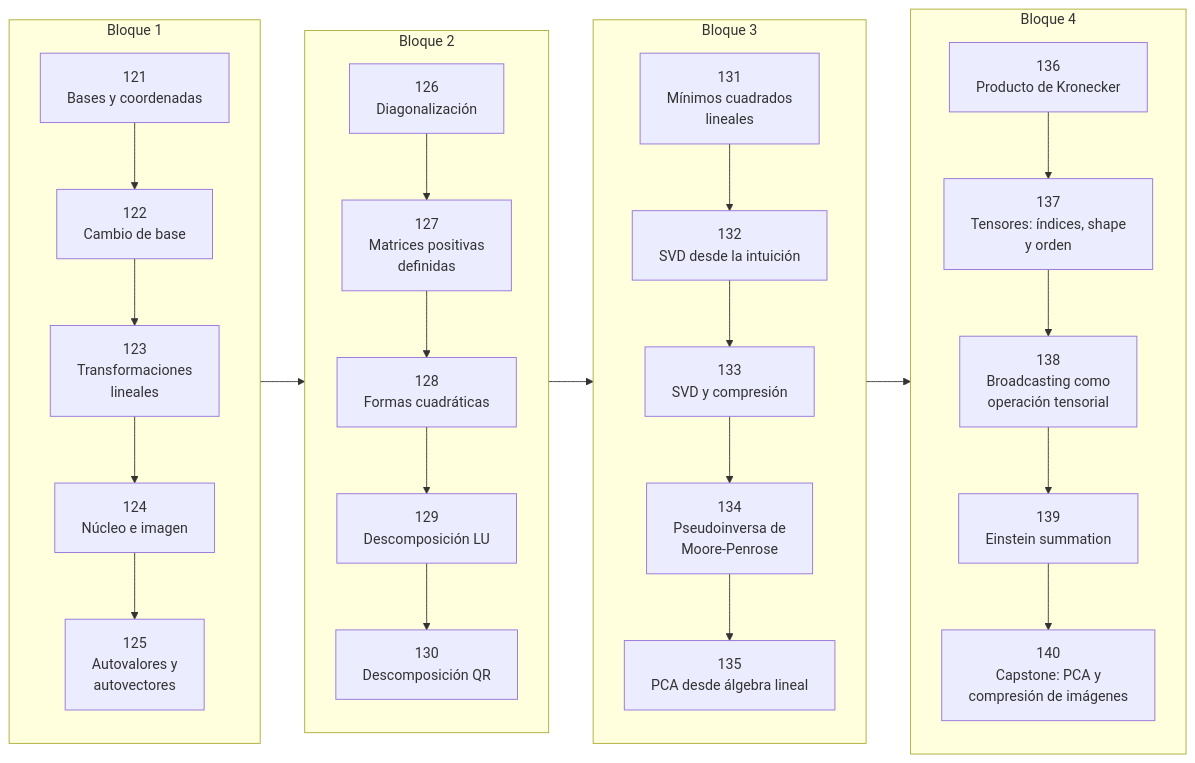
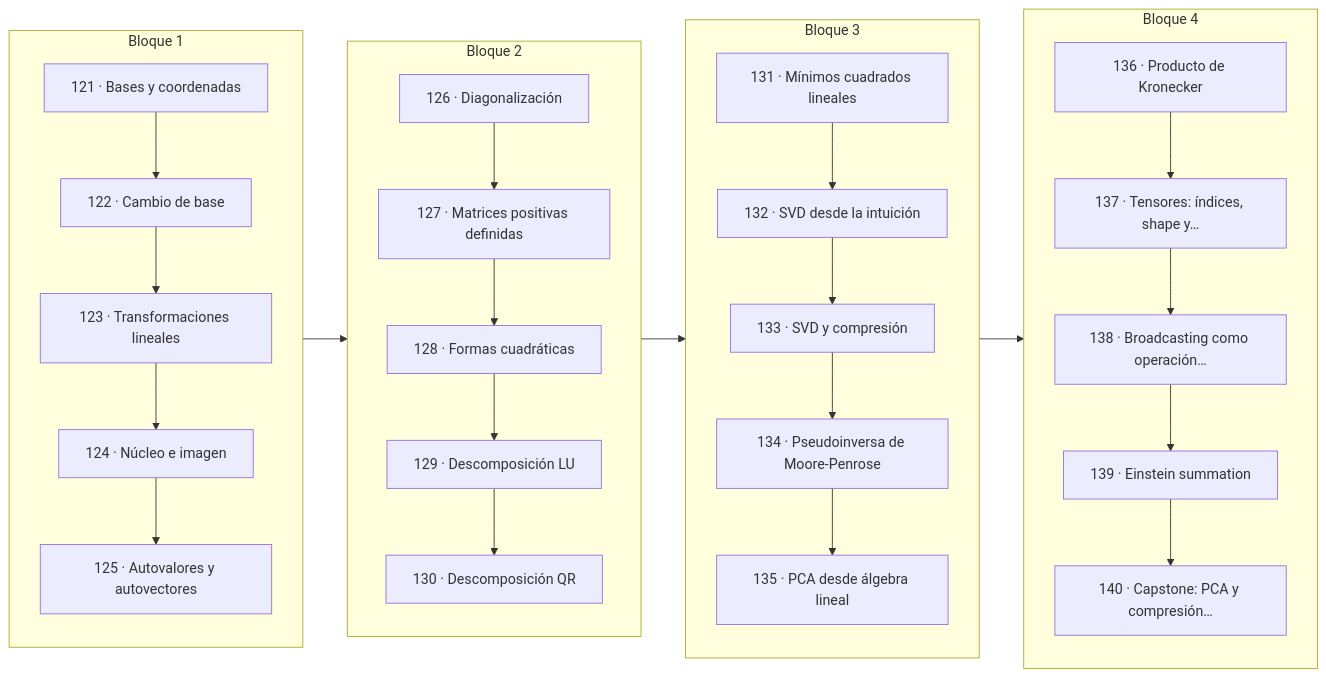
One commit to vladimiracunadev-create/computational-mathematics-program changed the diagram in classes/part-06-algebra-lineal-ii-descomposiciones-y-tensores/README.md. Above: the diagram before and after it, drawn with Mermaid. The commit also changed 389 other files, not shown here.

First line of the commit message:
fix(diagramas): elimina el HTML de las etiquetas Mermaid

````diff
--- a/classes/part-06-algebra-lineal-ii-descomposiciones-y-tensores/README.md
+++ b/classes/part-06-algebra-lineal-ii-descomposiciones-y-tensores/README.md
@@ -34,54 +34,54 @@
 ```mermaid
 flowchart LR
     subgraph B1["Bloque 1"]
         direction TB
-        L121["121<br/>Bases y coordenadas"]
-        L122["122<br/>Cambio de base"]
-        L123["123<br/>Transformaciones<br/>lineales"]
-        L124["124<br/>Núcleo e imagen"]
-        L125["125<br/>Autovalores y<br/>autovectores"]
+        L121["121 · Bases y coordenadas"]
+        L122["122 · Cambio de base"]
+        L123["123 · Transformaciones lineales"]
+        L124["124 · Núcleo e imagen"]
+        L125["125 · Autovalores y autovectores"]
         L121 --> L122
         L122 --> L123
         L123 --> L124
         L124 --> L125
     end
     subgraph B2["Bloque 2"]
         direction TB
-        L126["126<br/>Diagonalización"]
-        L127["127<br/>Matrices positivas<br/>definidas"]
-        L128["128<br/>Formas cuadráticas"]
-        L129["129<br/>Descomposición LU"]
-        L130["130<br/>Descomposición QR"]
+        L126["126 · Diagonalización"]
+        L127["127 · Matrices positivas definidas"]
+        L128["128 · Formas cuadráticas"]
+        L129["129 · Descomposición LU"]
+        L130["130 · Descomposición QR"]
         L126 --> L127
         L127 --> L128
         L128 --> L129
         L129 --> L130
     end
     subgraph B3["Bloque 3"]
         direction TB
-        L131["131<br/>Mínimos cuadrados<br/>lineales"]
-        L132["132<br/>SVD desde la intuición"]
-        L133["133<br/>SVD y compresión"]
-        L134["134<br/>Pseudoinversa de<br/>Moore-Penrose"]
-        L135["135<br/>PCA desde álgebra lineal"]
+        L131["131 · Mínimos cuadrados lineales"]
+        L132["132 · SVD desde la intuición"]
+        L133["133 · SVD y compresión"]
+        L134["134 · Pseudoinversa de Moore-Penrose"]
+        L135["135 · PCA desde álgebra lineal"]
         L131 --> L132
         L132 --> L133
         L133 --> L134
         L134 --> L135
     end
     subgraph B4["Bloque 4"]
         direction TB
-        L136["136<br/>Producto de Kronecker"]
-        L137["137<br/>Tensores: índices, shape<br/>y orden"]
-        L138["138<br/>Broadcasting como<br/>operación tensorial"]
-        L139["139<br/>Einstein summation"]
-        L140["140<br/>Capstone: PCA y<br/>compresión de imágenes"]
+        L136["136 · Producto de Kronecker"]
+        L137["137 · Tensores: índices, shape y…"]
+        L138["138 · Broadcasting como operación…"]
+        L139["139 · Einstein summation"]
+        L140["140 · Capstone: PCA y compresión…"]
         L136 --> L137
         L137 --> L138
         L138 --> L139
         L139 --> L140
     end
     L125 --> L126
     L130 --> L131
     L135 --> L136
 ```
````
